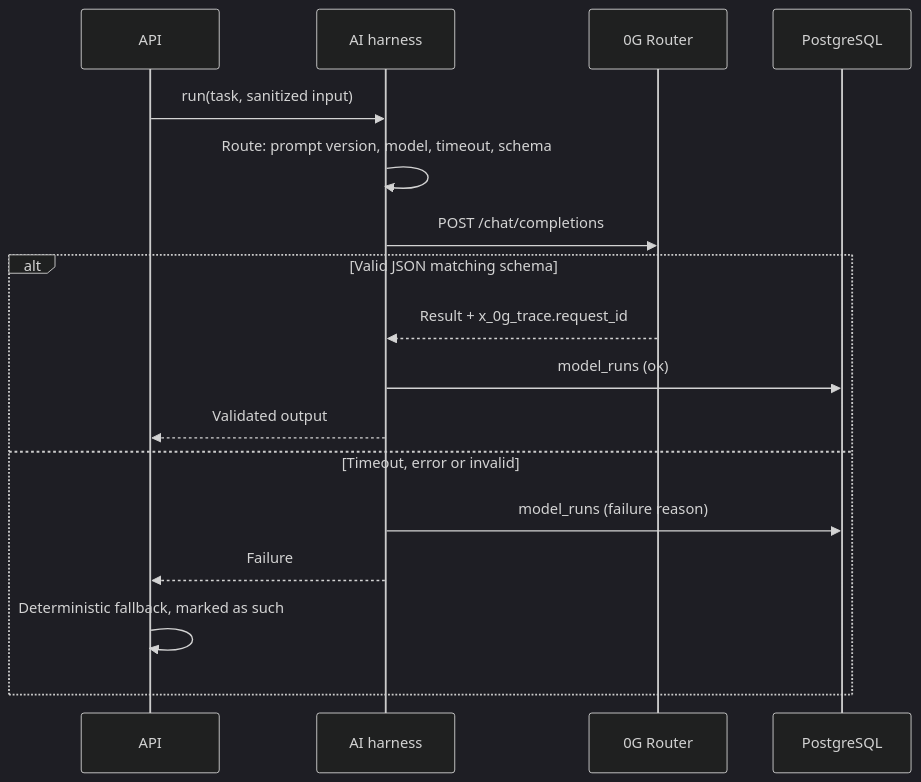
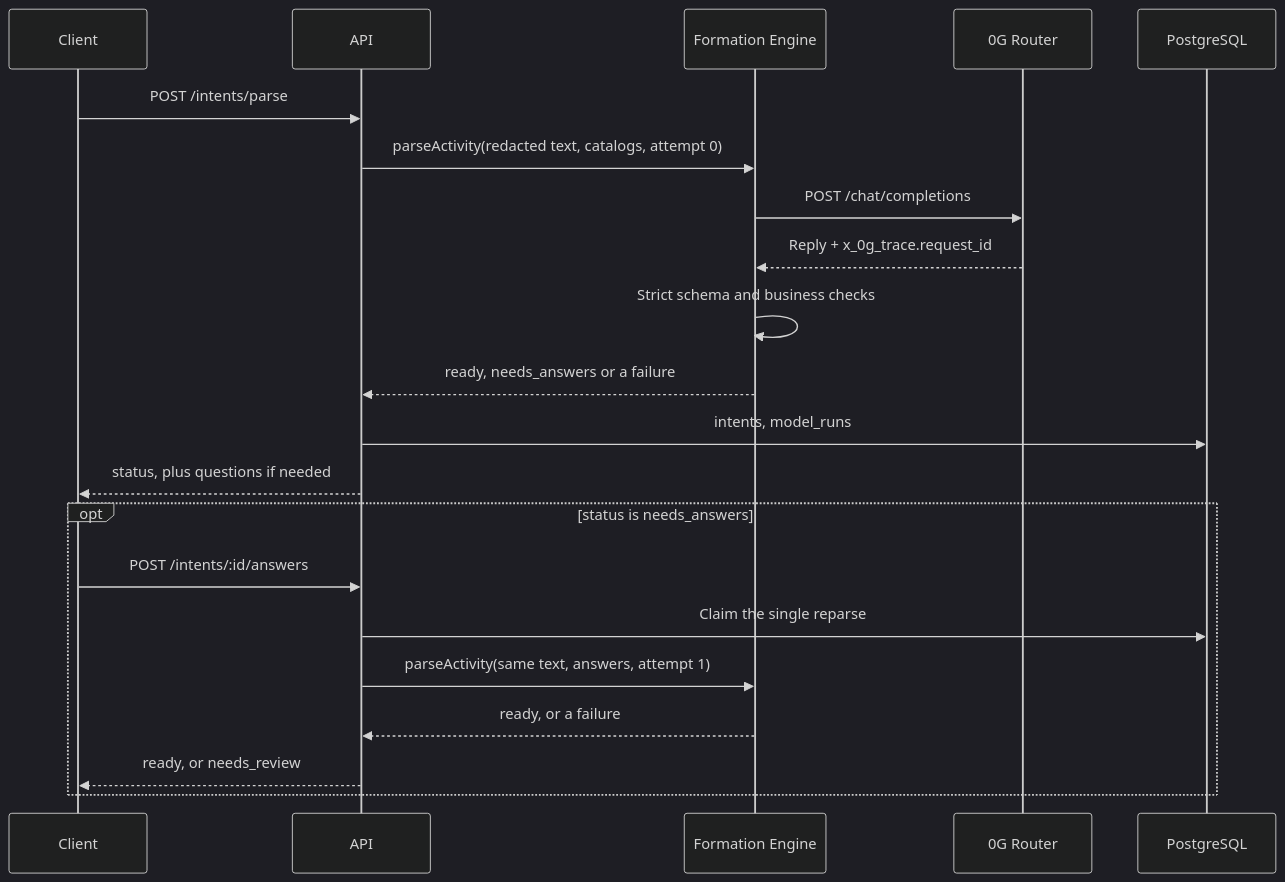
Before and after one commit to ChanX21/rally: the fourth of 9 diagrams in backend/ARCHITECTURE.md, drawn with Mermaid (dark theme). The commit also changed other lines of this file and 43 other files, not shown here.

First line of the commit message:
feat(backend): run all inference through the Formation Engine

````diff
--- a/backend/ARCHITECTURE.md
+++ b/backend/ARCHITECTURE.md
@@ -173,19 +180,23 @@
 ```mermaid
 sequenceDiagram
+  participant C as Client
   participant A as API
-  participant H as AI harness
+  participant E as Formation Engine
   participant Z as 0G Router
   participant DB as PostgreSQL
-  A->>H: run(task, sanitized input)
-  H->>H: Route: prompt version, model, timeout, schema
-  H->>Z: POST /chat/completions
-  alt Valid JSON matching schema
-    Z-->>H: Result + x_0g_trace.request_id
-    H->>DB: model_runs (ok)
-    H-->>A: Validated output
-  else Timeout, error or invalid
-    H->>DB: model_runs (failure reason)
-    H-->>A: Failure
-    A->>A: Deterministic fallback, marked as such
+  C->>A: POST /intents/parse
+  A->>E: parseActivity(redacted text, catalogs, attempt 0)
+  E->>Z: POST /chat/completions
+  Z-->>E: Reply + x_0g_trace.request_id
+  E->>E: Strict schema and business checks
+  E-->>A: ready, needs_answers or a failure
+  A->>DB: intents, model_runs
+  A-->>C: status, plus questions if needed
+  opt status is needs_answers
+    C->>A: POST /intents/:id/answers
+    A->>DB: Claim the single reparse
+    A->>E: parseActivity(same text, answers, attempt 1)
+    E-->>A: ready, or a failure
+    A-->>C: ready, or needs_review
   end
 ```
````
